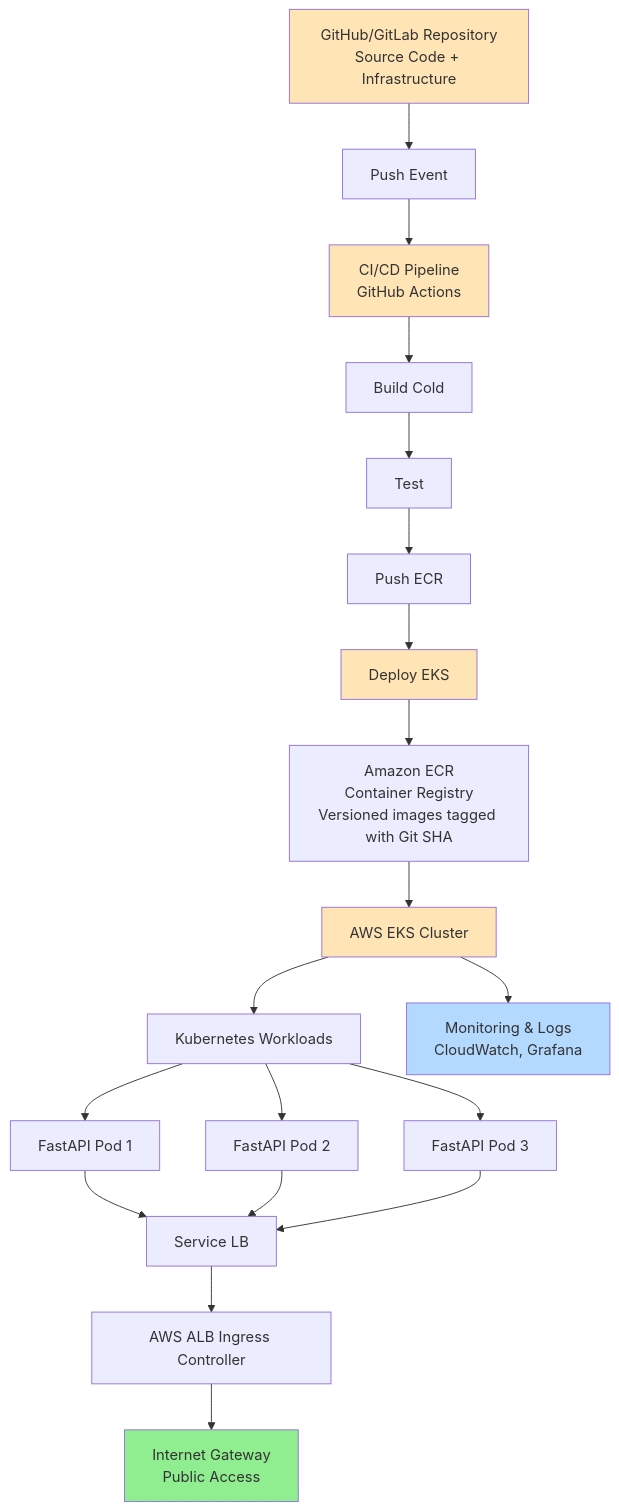
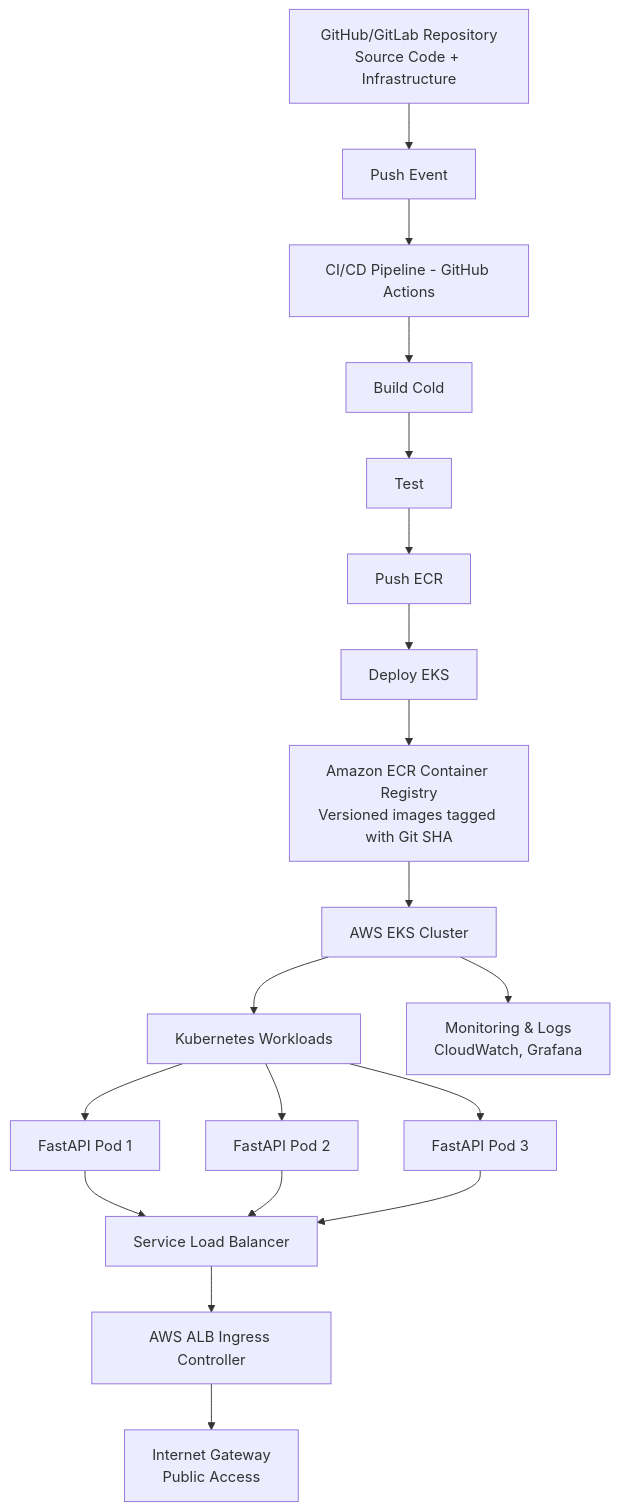
Before and after one commit to pravindev666/Enterprise-Kubernetes-Deployment-Framework: the diagram in README.md, drawn with Mermaid. The commit also changed other lines of this file, not shown here.

````diff
--- a/README.md
+++ b/README.md
@@ -28,28 +30,39 @@
 ```mermaid
 flowchart TD
-    A[GitHub/GitLab Repository<br/>Source Code + Infrastructure] --> B[Push Event]
-    B --> C[CI/CD Pipeline<br/>GitHub Actions]
-    C --> D[Build Cold]
-    D --> E[Test]
-    E --> F[Push ECR]
-    F --> G[Deploy EKS]
-    G --> H[Amazon ECR<br/>Container Registry<br/>Versioned images tagged with Git SHA]
-    H --> I[AWS EKS Cluster]
-    I --> J[Kubernetes Workloads]
-    I --> K[Monitoring & Logs<br/>CloudWatch, Grafana]
-    J --> L[FastAPI Pod 1]
-    J --> M[FastAPI Pod 2]
-    J --> N[FastAPI Pod 3]
-    L --> O[Service LB]
+    A[GitHub/GitLab Repository<br/>Source Code + Infrastructure]
+    B[Push Event]
+    C[CI/CD Pipeline - GitHub Actions]
+    D[Build Cold]
+    E[Test]
+    F[Push ECR]
+    G[Deploy EKS]
+    H[Amazon ECR Container Registry<br/>Versioned images tagged with Git SHA]
+    I[AWS EKS Cluster]
+    J[Kubernetes Workloads]
+    K[Monitoring & Logs<br/>CloudWatch, Grafana]
+    L[FastAPI Pod 1]
+    M[FastAPI Pod 2]
+    N[FastAPI Pod 3]
+    O[Service Load Balancer]
+    P[AWS ALB Ingress Controller]
+    Q[Internet Gateway<br/>Public Access]
+    
+    A --> B
+    B --> C
+    C --> D
+    D --> E
+    E --> F
+    F --> G
+    G --> H
+    H --> I
+    I --> J
+    I --> K
+    J --> L
+    J --> M
+    J --> N
+    L --> O
     M --> O
     N --> O
-    O --> P[AWS ALB Ingress Controller]
-    P --> Q[Internet Gateway<br/>Public Access]
-    
-    style A fill:#ffe4b5
-    style C fill:#ffe4b5
-    style G fill:#ffe4b5
-    style I fill:#ffe4b5
-    style K fill:#b3d9ff
-    style Q fill:#90ee90
+    O --> P
+    P --> Q
 ```
````
